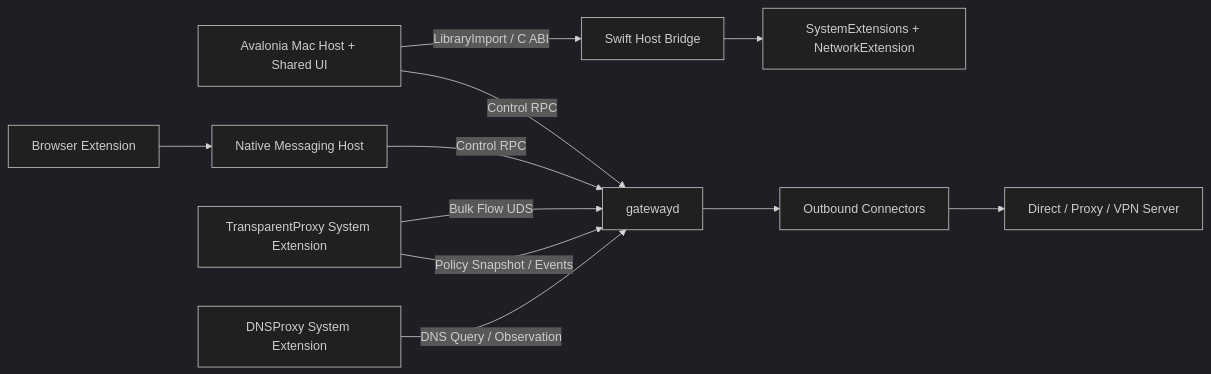
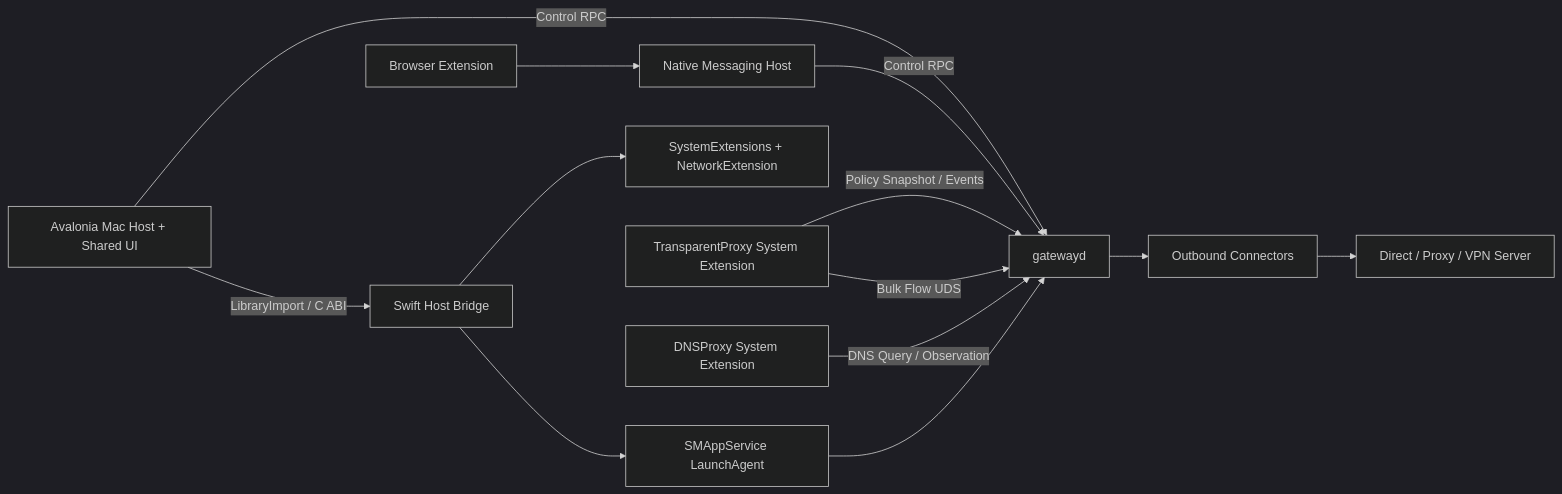
Before and after one commit to fanslead/non_proxy: the second of 3 diagrams in docs/TECHNICAL_IMPLEMENTATION.md, drawn with Mermaid (dark theme). The commit also changed other lines of this file and 32 other files, not shown here.

````diff
--- a/docs/TECHNICAL_IMPLEMENTATION.md
+++ b/docs/TECHNICAL_IMPLEMENTATION.md
@@ -444,13 +444,15 @@
 ```mermaid
 flowchart LR
     APP["Avalonia Mac Host + Shared UI"] -- "Control RPC" --> D["gatewayd"]
     APP -- "LibraryImport / C ABI" --> BRIDGE["Swift Host Bridge"]
     BRIDGE --> SEC["SystemExtensions + NetworkExtension"]
+    BRIDGE --> SM["SMAppService LaunchAgent"]
+    SM --> D
     EXT["Browser Extension"] --> NMH["Native Messaging Host"]
     NMH -- "Control RPC" --> D
     TP["TransparentProxy System Extension"] -- "Policy Snapshot / Events" --> D
     DP["DNSProxy System Extension"] -- "DNS Query / Observation" --> D
     TP -- "Bulk Flow UDS" --> D
     D --> OUT["Outbound Connectors"]
     OUT --> NET["Direct / Proxy / VPN Server"]
 ```
````
